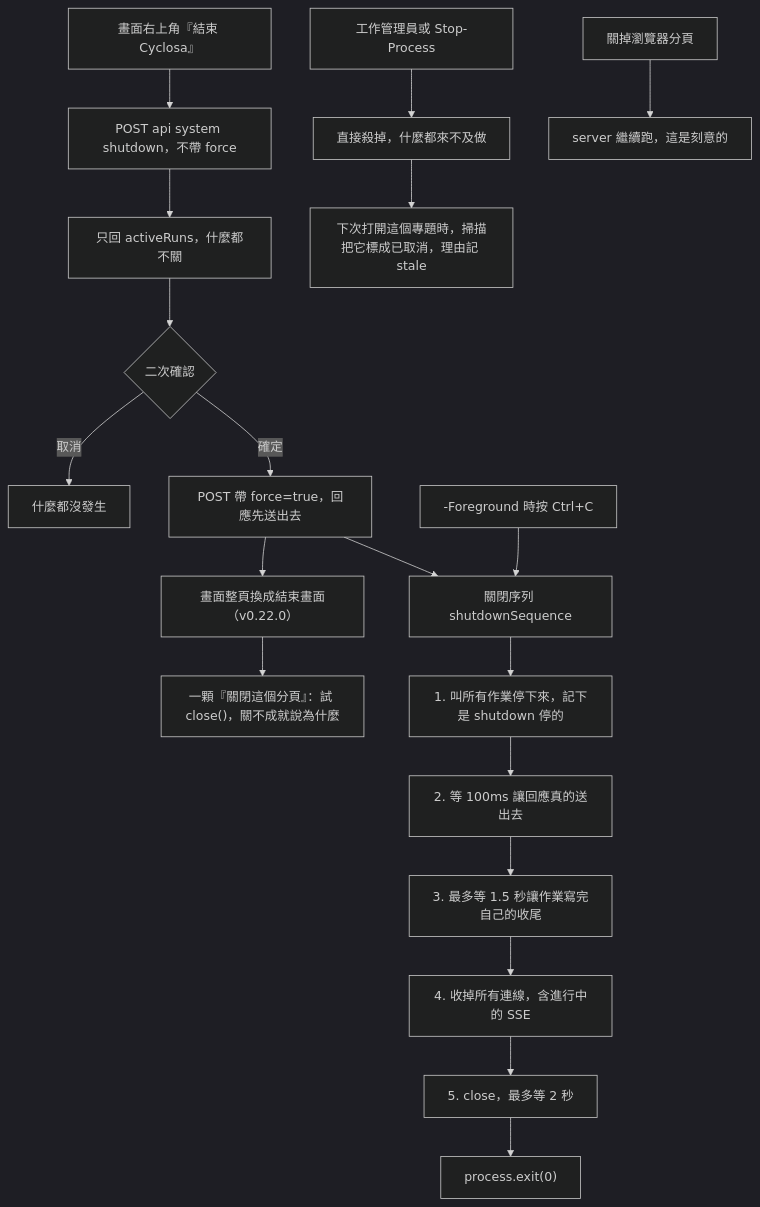
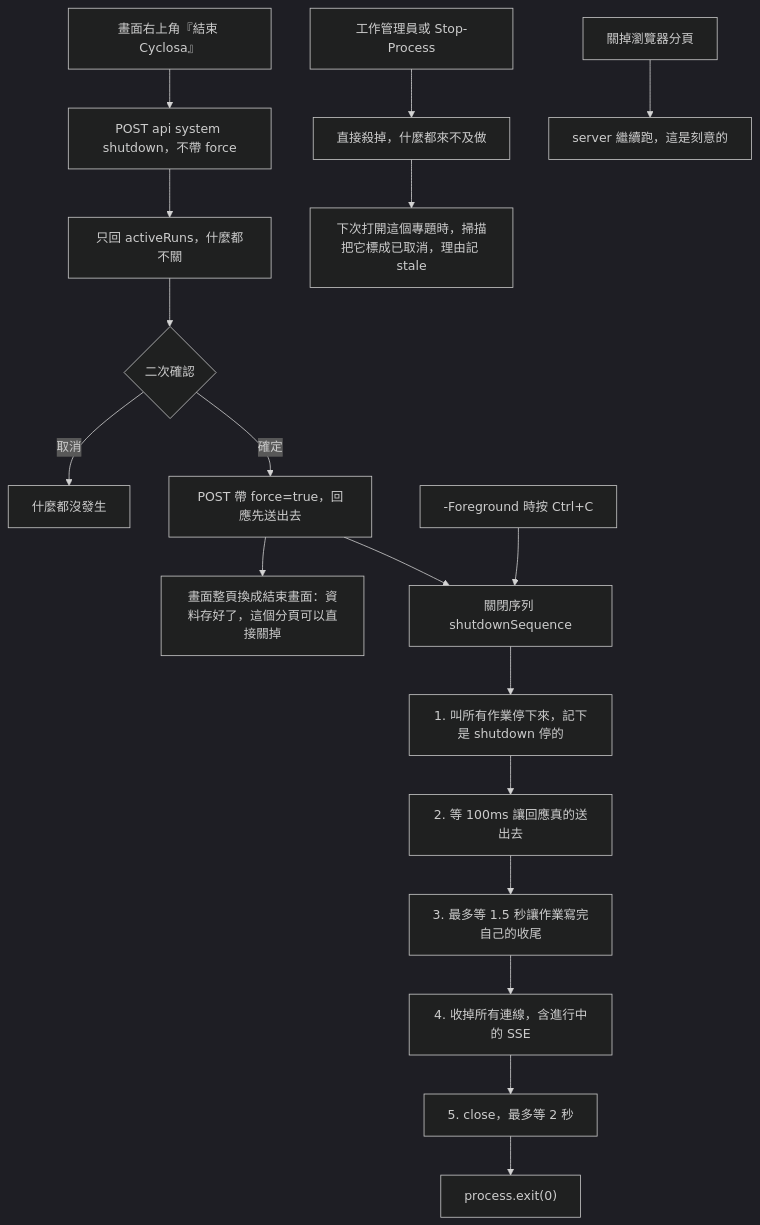
Before and after one commit to SpringRain555/cyclosa: the second of 2 diagrams in docs/architecture/app-lifecycle.md, drawn with Mermaid (dark theme). The commit also changed other lines of this file and 20 other files, not shown here.

````diff
--- a/docs/architecture/app-lifecycle.md
+++ b/docs/architecture/app-lifecycle.md
@@ -66,21 +66,20 @@
 ```mermaid
 flowchart TD
   Q1["畫面右上角『結束 Cyclosa』"] --> A1["POST api system shutdown，不帶 force"]
   A1 --> A2["只回 activeRuns，什麼都不關"]
   A2 --> A3{"二次確認"}
   A3 -->|"取消"| A4["什麼都沒發生"]
   A3 -->|"確定"| A5["POST 帶 force=true，回應先送出去"]
-  A5 --> FIN["畫面整頁換成結束畫面（v0.22.0）"]
-  FIN --> BTN["一顆『關閉這個分頁』：試 close()，關不成就說為什麼"]
+  A5 --> FIN["畫面整頁換成結束畫面：資料存好了，這個分頁可以直接關掉"]
   A5 --> SEQ["關閉序列 shutdownSequence"]
   Q2["-Foreground 時按 Ctrl+C"] --> SEQ
   SEQ --> S1["1. 叫所有作業停下來，記下是 shutdown 停的"]
   S1 --> S2["2. 等 100ms 讓回應真的送出去"]
   S2 --> S3["3. 最多等 1.5 秒讓作業寫完自己的收尾"]
   S3 --> S4["4. 收掉所有連線，含進行中的 SSE"]
   S4 --> S5["5. close，最多等 2 秒"]
   S5 --> OK["process.exit(0)"]
   Q3["工作管理員或 Stop-Process"] --> K["直接殺掉，什麼都來不及做"]
   K --> R["下次打開這個專題時，掃描把它標成已取消，理由記 stale"]
   Q4["關掉瀏覽器分頁"] --> N["server 繼續跑，這是刻意的"]
 ```
````
